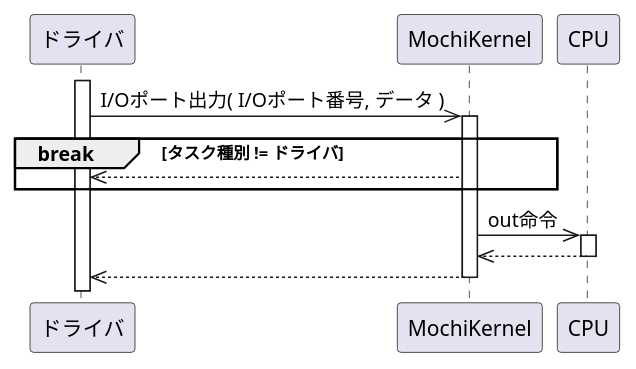
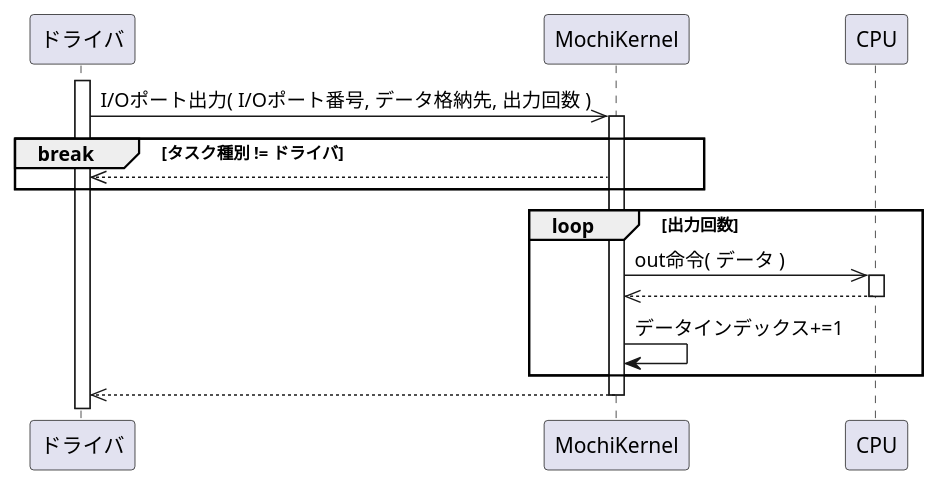
One commit to MasterMochi/MochiKernel changed the diagram in docs/docs/external/io/out.puml. Above: the diagram before and after it, drawn with PlantUML. The commit also changed 8 other files, not shown here.

```diff
--- a/docs/docs/external/io/out.puml
+++ b/docs/docs/external/io/out.puml
@@ -1,25 +1,28 @@
 @startuml
 
 participant "ドライバ"    as driver
 participant "MochiKernel" as kernel
 participant "CPU"         as cpu
 
 activate driver
 
-driver ->> kernel: I/Oポート出力( I/Oポート番号, データ )
+driver ->> kernel: I/Oポート出力( I/Oポート番号, データ格納先, 出力回数 )
 activate kernel
 
 break タスク種別 != ドライバ
     driver <<-- kernel:
 end break
 
-kernel ->> cpu: out命令
-activate cpu
-kernel <<-- cpu:
-deactivate cpu
+loop 出力回数
+    kernel ->> cpu: out命令( データ )
+    activate cpu
+    kernel <<-- cpu:
+    deactivate cpu
+    kernel -> kernel: データインデックス+=1
+end loop
 
 driver <<-- kernel:
 deactivate kernel
 
 
 @enduml
```
